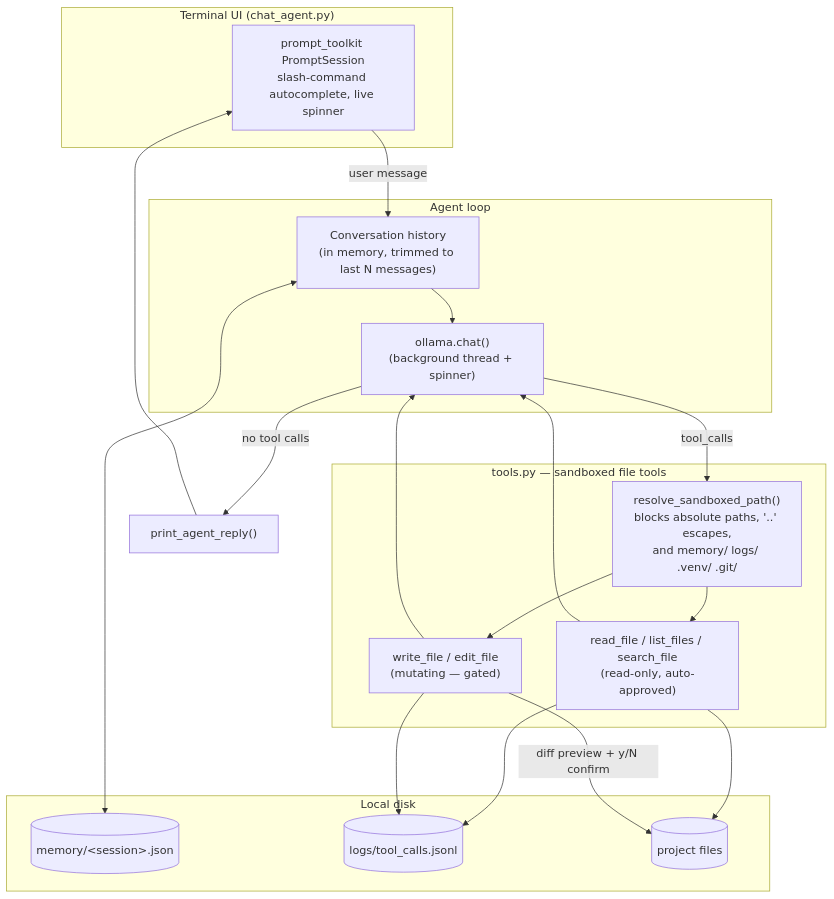
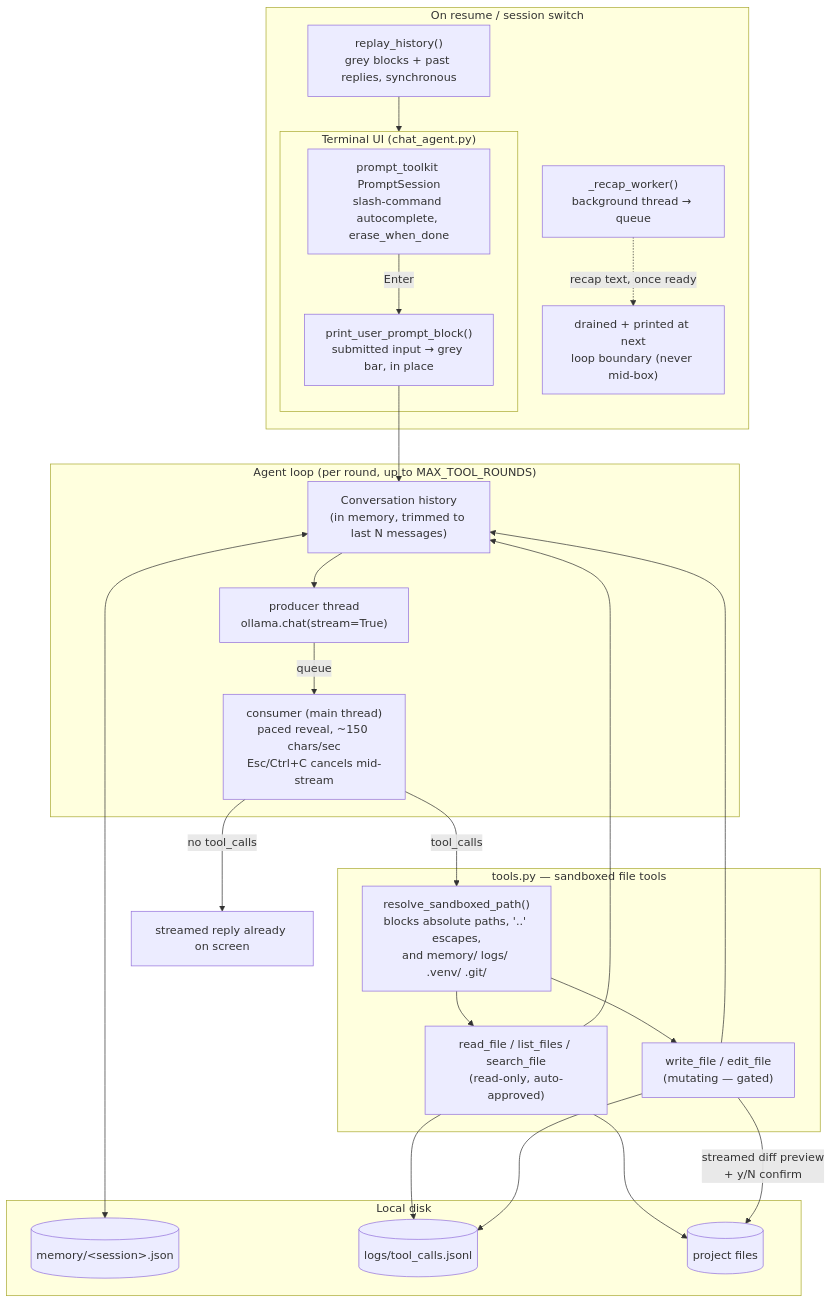
The diagram in README.md (HarishKumar-2004/Forge), drawn with Mermaid before and after one commit. The commit also changed other lines of this file and 1 other file, not shown here.

Commit message:
New features: Streaming responses, detailed tool-confirmations, session banner + Bug fixes

````diff
--- a/README.md
+++ b/README.md
@@ -27,35 +29,45 @@
 ```mermaid
 flowchart TB
-    subgraph Terminal["Terminal UI (chat_agent.py)"]
-        P["prompt_toolkit PromptSession<br/>slash-command autocomplete, live spinner"]
+    subgraph Resume["On resume / session switch"]
+        RH["replay_history()<br/>grey blocks + past replies, synchronous"]
+        RW2["_recap_worker()<br/>background thread → queue"]
+        RH --> Live
+        RW2 -.->|"recap text, once ready"| Drain["drained + printed at next<br/>loop boundary (never mid-box)"]
     end
 
-    subgraph Core["Agent loop"]
+    subgraph Live["Terminal UI (chat_agent.py)"]
+        P["prompt_toolkit PromptSession<br/>slash-command autocomplete, erase_when_done"]
+        GB["print_user_prompt_block()<br/>submitted input → grey bar, in place"]
+        P -->|Enter| GB
+    end
+
+    subgraph Core["Agent loop (per round, up to MAX_TOOL_ROUNDS)"]
         H["Conversation history<br/>(in memory, trimmed to last N messages)"]
-        O["ollama.chat()<br/>(background thread + spinner)"]
+        Prod["producer thread<br/>ollama.chat(stream=True)"]
+        Cons["consumer (main thread)<br/>paced reveal, ~150 chars/sec<br/>Esc/Ctrl+C cancels mid-stream"]
+        Prod -->|queue| Cons
     end
 
     subgraph Tools["tools.py — sandboxed file tools"]
         S["resolve_sandboxed_path()<br/>blocks absolute paths, '..' escapes,<br/>and memory/ logs/ .venv/ .git/"]
         RO["read_file / list_files / search_file<br/>(read-only, auto-approved)"]
-        RW["write_file / edit_file<br/>(mutating — gated)"]
+        RWX["write_file / edit_file<br/>(mutating — gated)"]
     end
 
     subgraph Disk["Local disk"]
         MEM[("memory/&lt;session&gt;.json")]
         LOG[("logs/tool_calls.jsonl")]
         FS[("project files")]
     end
 
-    P -->|user message| H --> O
-    O -->|no tool calls| Reply["print_agent_reply()"]
-    O -->|tool_calls| S
+    GB --> H --> Prod
+    Cons -->|no tool_calls| Done["streamed reply already on screen"]
+    Cons -->|tool_calls| S
     S --> RO --> FS
-    S --> RW -->|diff preview + y/N confirm| FS
+    S --> RWX -->|"streamed diff preview<br/>+ y/N confirm"| FS
     RO --> LOG
-    RW --> LOG
-    RO --> O
-    RW --> O
+    RWX --> LOG
+    RO --> H
+    RWX --> H
     H <--> MEM
-    Reply --> P
 ```
````
